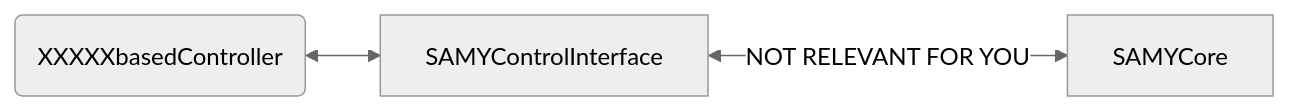
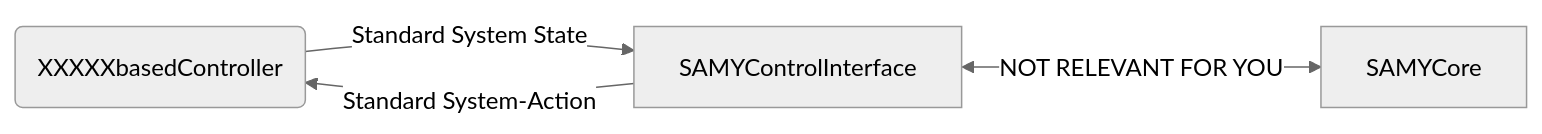
Before and after one commit to TW-Robotics/SAMYControl: the diagram in README.md, drawn with Mermaid (neutral theme). The commit also changed other lines of this file, not shown here.

````diff
--- a/README.md
+++ b/README.md
@@ -7,5 +7,6 @@
 ```mermaid
 flowchart LR
-A(XXXXXbasedController) <--> B[SAMYControlInterface]
+A(XXXXXbasedController) -- Standard System State --> B[SAMYControlInterface]
+B -- Standard System-Action --> A
 B <-- NOT RELEVANT FOR YOU --> C[SAMYCore]
 ```
````
